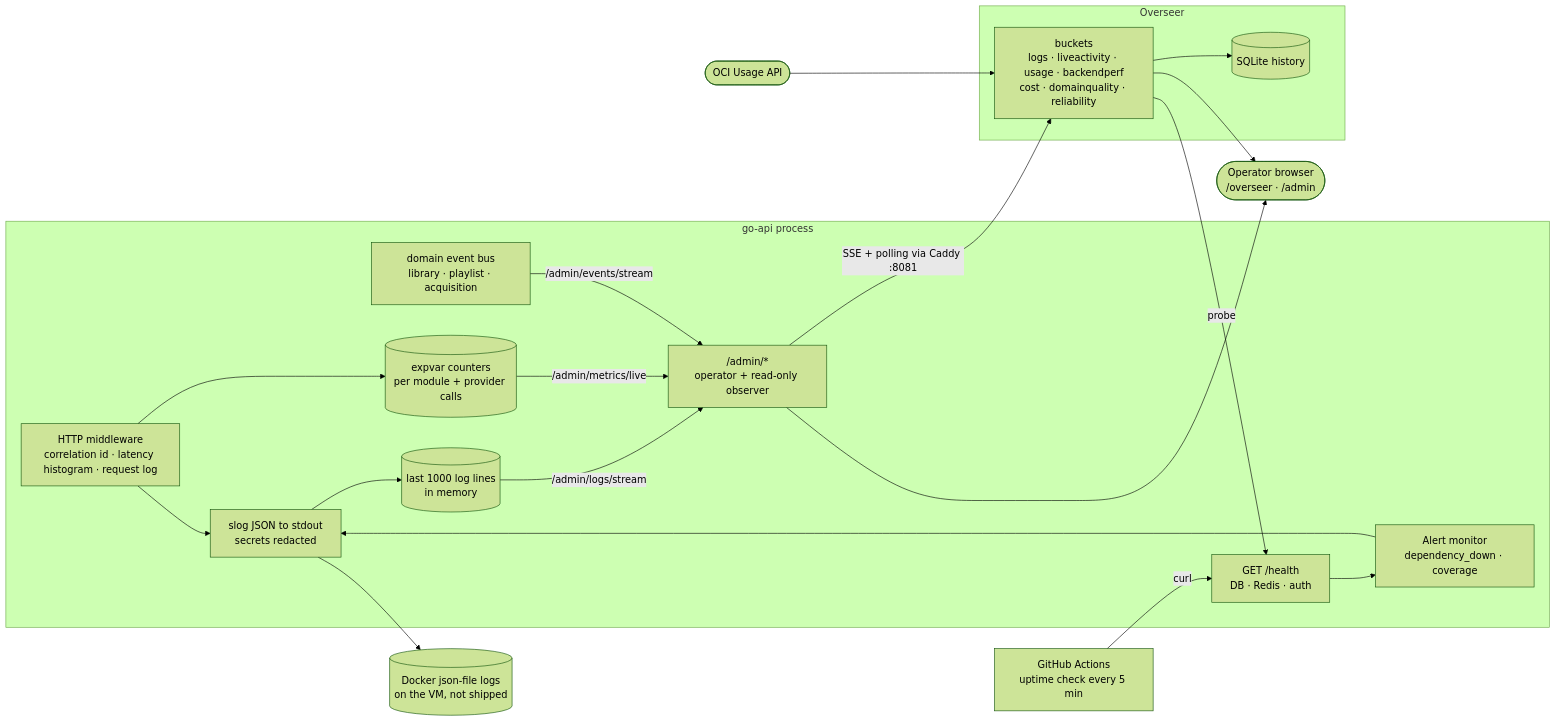
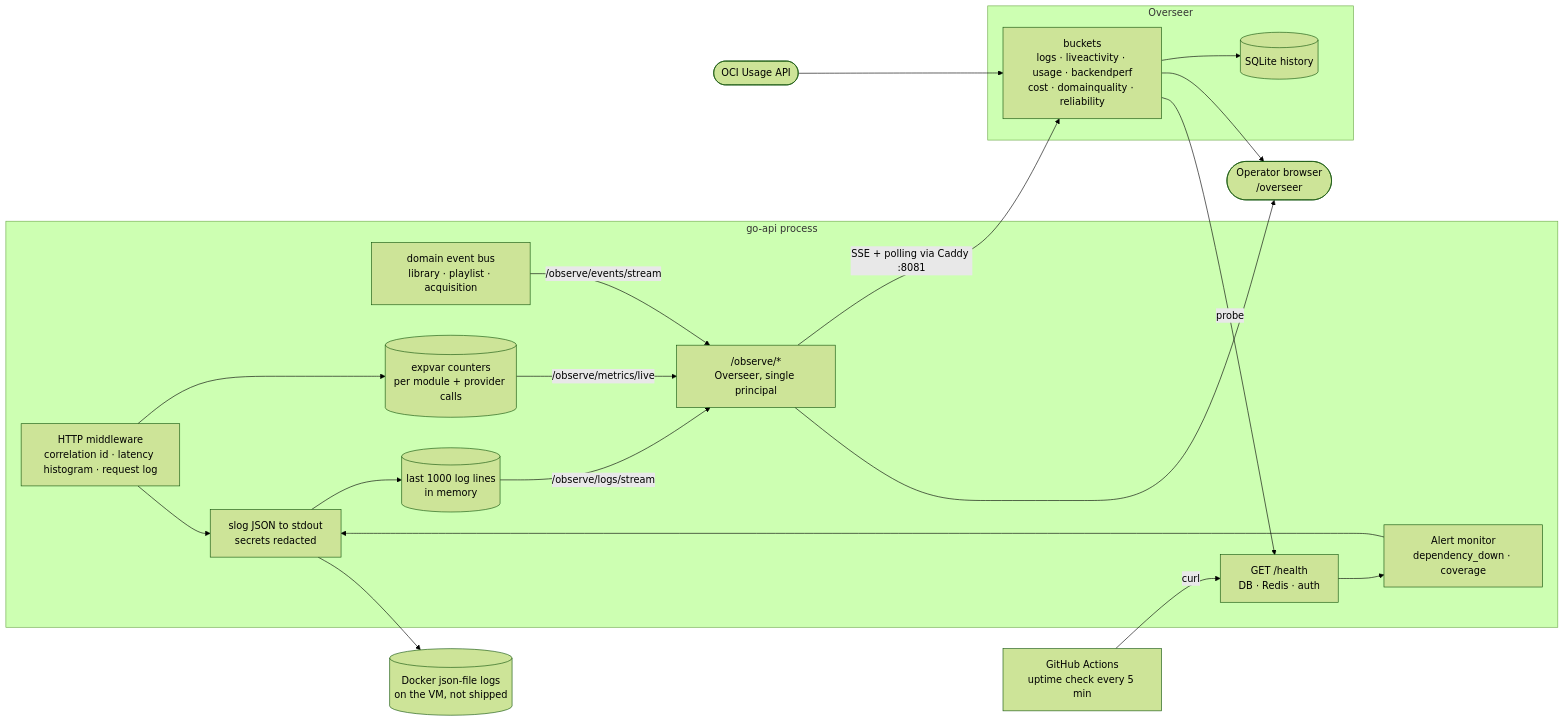
The second of 2 diagrams in docs/diagrams/telemetry.md (aleburrascano/altune), drawn with Mermaid (forest theme) before and after one commit. The commit also changed other lines of this file and 52 other files, not shown here.

````diff
--- a/docs/diagrams/telemetry.md
+++ b/docs/diagrams/telemetry.md
@@ -54,38 +54,38 @@
 ```mermaid
 flowchart LR
     subgraph goapi [go-api process]
         mw["HTTP middleware<br/>correlation id · latency histogram · request log"]
         slog["slog JSON to stdout<br/>secrets redacted"]
         ring[("last 1000 log lines<br/>in memory")]
         expvar[("expvar counters<br/>per module + provider calls")]
         bus["domain event bus<br/>library · playlist · acquisition"]
         health["GET /health<br/>DB · Redis · auth"]
         alertmon["Alert monitor<br/>dependency_down · coverage"]
-        admin["/admin/*<br/>operator + read-only observer"]
+        observe["/observe/*<br/>Overseer, single principal"]
     end
 
     docker[("Docker json-file logs<br/>on the VM, not shipped")]
     uptime["GitHub Actions<br/>uptime check every 5 min"]
 
     subgraph overseer [Overseer]
         buckets["buckets<br/>logs · liveactivity · usage · backendperf<br/>cost · domainquality · reliability"]
         sqlite[("SQLite history")]
     end
     oci(["OCI Usage API"])
-    operator(["Operator browser<br/>/overseer · /admin"])
+    operator(["Operator browser<br/>/overseer"])
 
     mw --> slog --> docker
     slog --> ring
     mw --> expvar
-    ring -->|/admin/logs/stream| admin
-    expvar -->|/admin/metrics/live| admin
-    bus -->|/admin/events/stream| admin
+    ring -->|/observe/logs/stream| observe
+    expvar -->|/observe/metrics/live| observe
+    bus -->|/observe/events/stream| observe
     health --> alertmon --> slog
     uptime -->|curl| health
-    admin -->|SSE + polling via Caddy :8081| buckets
+    observe -->|SSE + polling via Caddy :8081| buckets
     buckets -->|probe| health
     oci --> buckets
     buckets --> sqlite
     buckets --> operator
-    admin --> operator
+    observe --> operator
 ```
````
